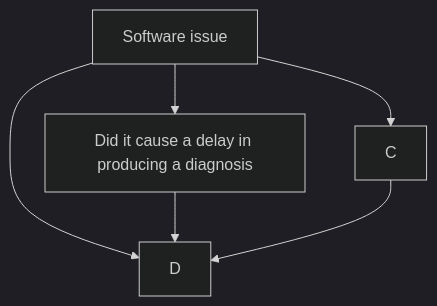
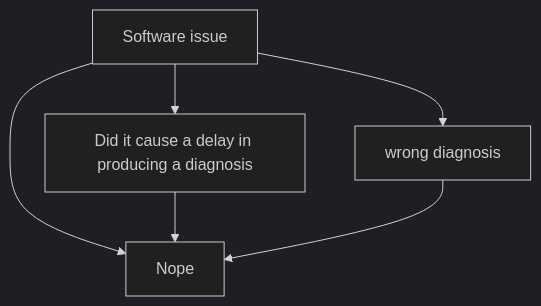
The diagram in docs/fieldnorm/feedback.md (geertgeeven/BioinformaticaVeldnorm), drawn with Mermaid (dark theme) before and after one commit.

````diff
--- a/docs/fieldnorm/feedback.md
+++ b/docs/fieldnorm/feedback.md
@@ -15,8 +15,8 @@
 ```mermaid
 graph TD;
     A[Software issue]-->B[Did it cause a delay in producing a diagnosis];
-    A-->C;
-    A-->D;
+    A-->C[wrong diagnosis];
+    A-->D[Nope];
     B-->D;
     C-->D;
 ```
````
